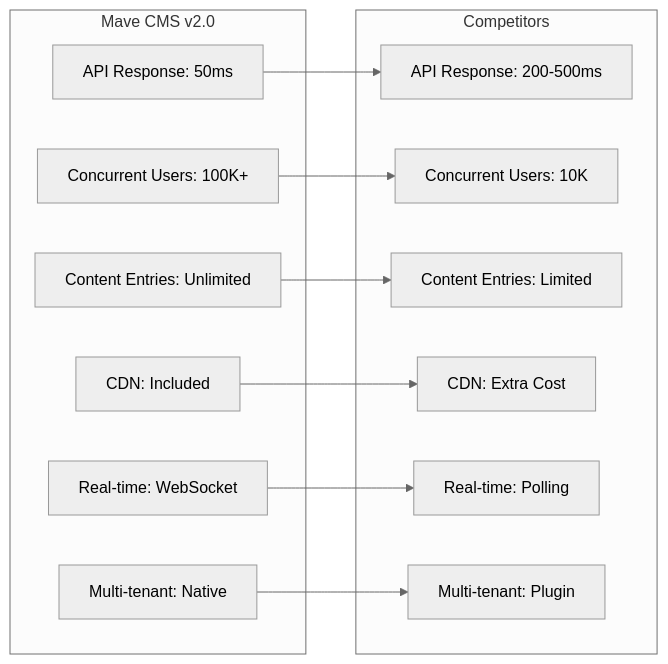
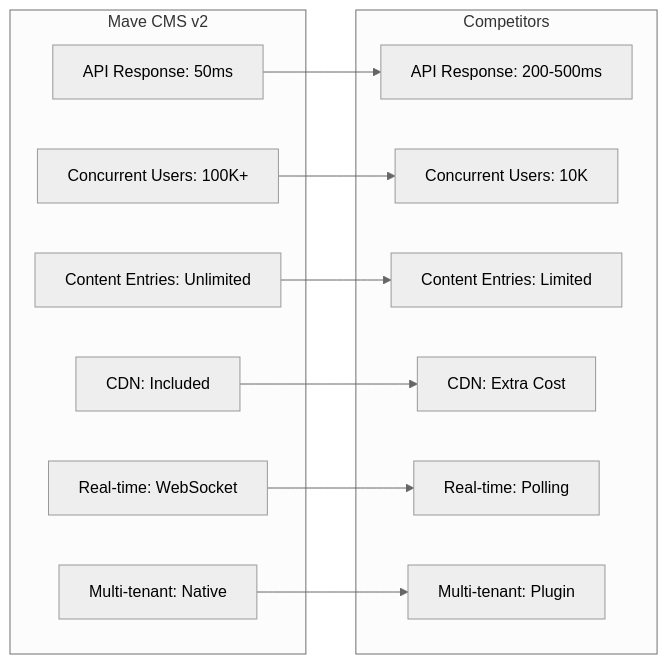
Before and after one commit to atiqisrak/mave-2-cms: the second of 4 diagrams in README.md, drawn with Mermaid (neutral theme). The commit also changed other lines of this file and 25 other files, not shown here.

````diff
--- a/README.md
+++ b/README.md
@@ -276,27 +276,27 @@
 ```mermaid
 graph LR
-    subgraph "Mave CMS v2.0"
+    subgraph "Mave CMS v2"
         A[API Response: 50ms]
         B[Concurrent Users: 100K+]
         C[Content Entries: Unlimited]
         D[CDN: Included]
         E[Real-time: WebSocket]
         F[Multi-tenant: Native]
     end
 
     subgraph "Competitors"
         G[API Response: 200-500ms]
         H[Concurrent Users: 10K]
         I[Content Entries: Limited]
         J[CDN: Extra Cost]
         K[Real-time: Polling]
         L[Multi-tenant: Plugin]
     end
 
     A --> G
     B --> H
     C --> I
     D --> J
     E --> K
     F --> L
 ```
````
